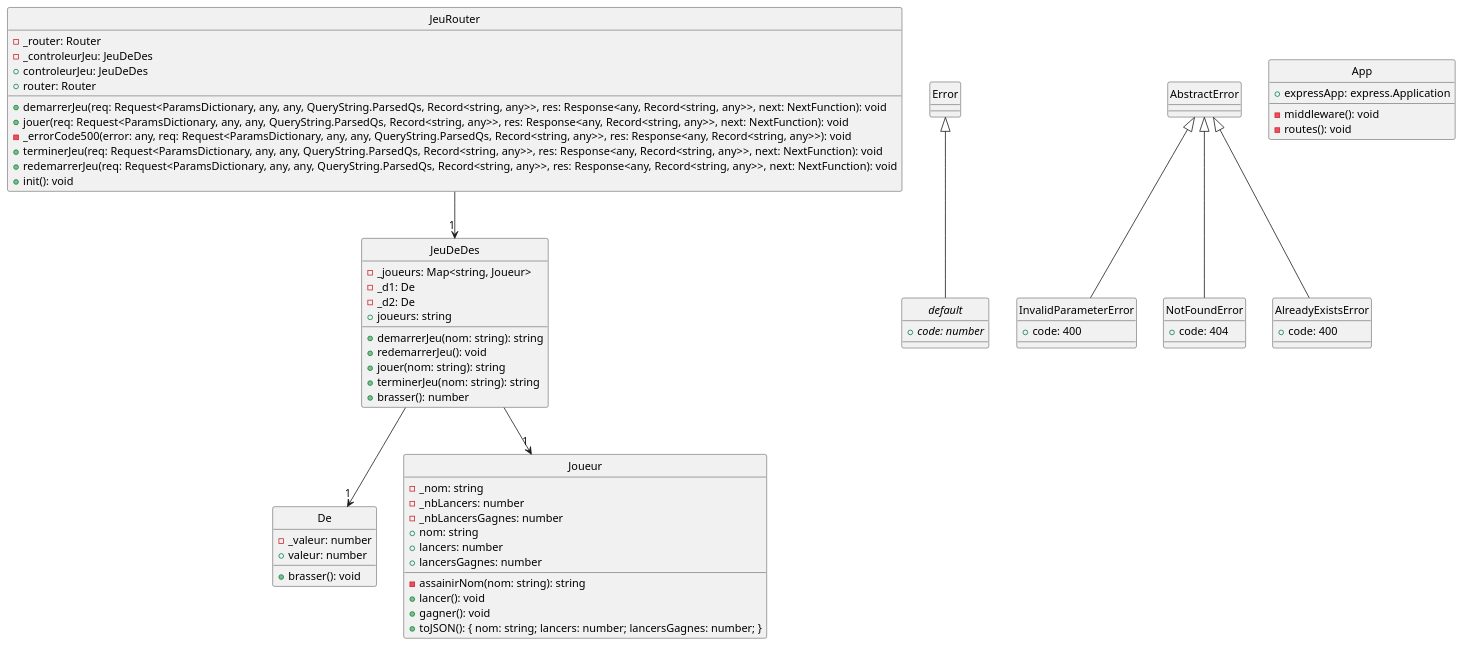
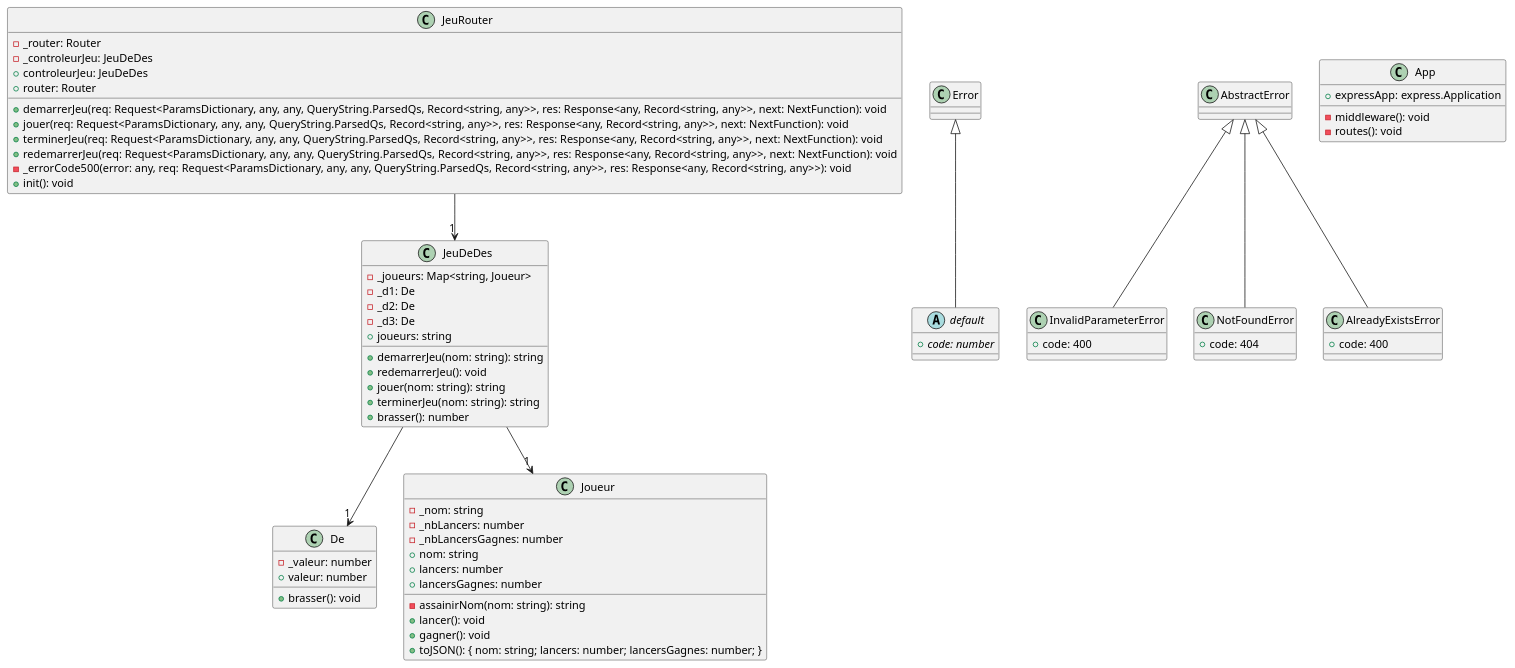
One commit to cc-probitaille/laboratoire-0-Bxssil changed the diagram in docs/modeles/App.puml. Above: the diagram before and after it, drawn with PlantUML. The commit also changed 4 other files, not shown here.

```diff
--- a/docs/modeles/App.puml
+++ b/docs/modeles/App.puml
@@ -1,63 +1,63 @@
 @startuml
-skinparam style strictuml
 class De {
     -_valeur: number
     +brasser(): void
     +valeur: number
 }
 abstract class default extends Error {
     +{abstract} code: number
 }
 class InvalidParameterError extends AbstractError {
     +code: 400
 }
 class Joueur {
     -_nom: string
     -_nbLancers: number
     -_nbLancersGagnes: number
     +nom: string
     -assainirNom(nom: string): string
     +lancers: number
     +lancersGagnes: number
     +lancer(): void
     +gagner(): void
     +toJSON(): { nom: string; lancers: number; lancersGagnes: number; }
 }
 class NotFoundError extends AbstractError {
     +code: 404
 }
 class AlreadyExistsError extends AbstractError {
     +code: 400
 }
 class JeuDeDes {
     -_joueurs: Map<string, Joueur>
     -_d1: De
     -_d2: De
+    -_d3: De
     +demarrerJeu(nom: string): string
     +redemarrerJeu(): void
     +jouer(nom: string): string
     +terminerJeu(nom: string): string
     +brasser(): number
     +joueurs: string
 }
 class JeuRouter {
     -_router: Router
     -_controleurJeu: JeuDeDes
     +controleurJeu: JeuDeDes
     +router: Router
     +demarrerJeu(req: Request<ParamsDictionary, any, any, QueryString.ParsedQs, Record<string, any>>, res: Response<any, Record<string, any>>, next: NextFunction): void
     +jouer(req: Request<ParamsDictionary, any, any, QueryString.ParsedQs, Record<string, any>>, res: Response<any, Record<string, any>>, next: NextFunction): void
-    -_errorCode500(error: any, req: Request<ParamsDictionary, any, any, QueryString.ParsedQs, Record<string, any>>, res: Response<any, Record<string, any>>): void
     +terminerJeu(req: Request<ParamsDictionary, any, any, QueryString.ParsedQs, Record<string, any>>, res: Response<any, Record<string, any>>, next: NextFunction): void
     +redemarrerJeu(req: Request<ParamsDictionary, any, any, QueryString.ParsedQs, Record<string, any>>, res: Response<any, Record<string, any>>, next: NextFunction): void
+    -_errorCode500(error: any, req: Request<ParamsDictionary, any, any, QueryString.ParsedQs, Record<string, any>>, res: Response<any, Record<string, any>>): void
     +init(): void
 }
 class App {
     +expressApp: express.Application
     -middleware(): void
     -routes(): void
 }
 JeuDeDes --> "1" Joueur
 JeuDeDes --> "1" De
 JeuRouter --> "1" JeuDeDes
 @enduml
```
